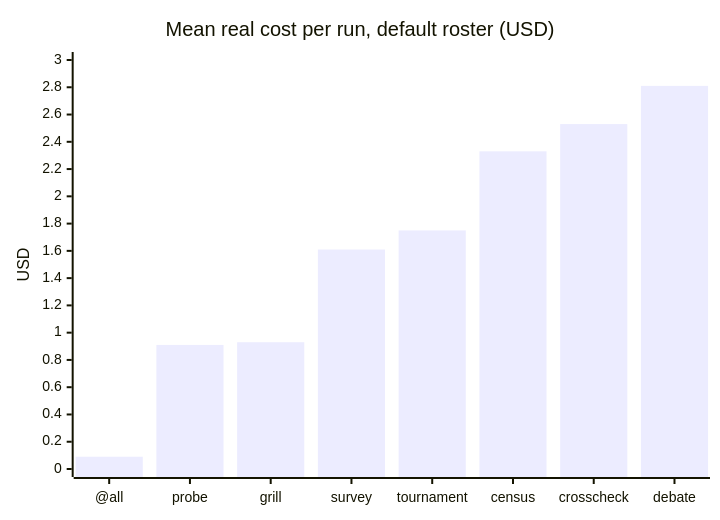
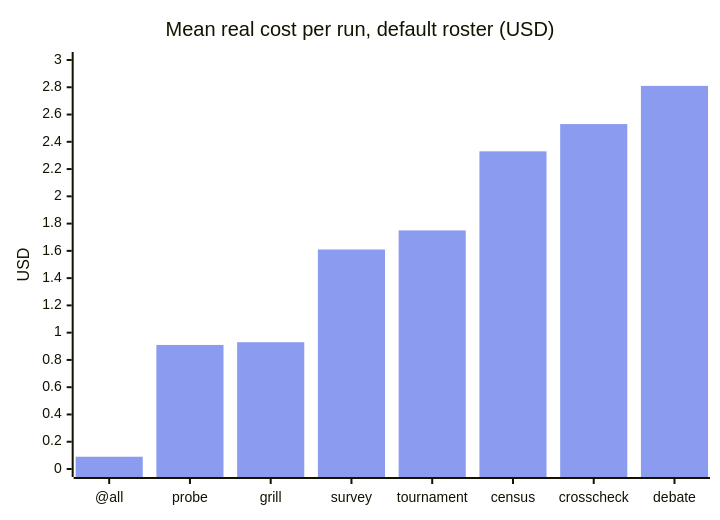
Before and after one commit to shoemoney/squad: the fourth of 8 diagrams in README.md, drawn with Mermaid. The commit also changed other lines of this file and 20 other files, not shown here.

````diff
--- a/README.md
+++ b/README.md
@@ -1058,7 +1081,8 @@
 ```mermaid
+%%{init: {'themeVariables':{'xyChart':{'plotColorPalette':'#8b9cf0'}}}}%%
 xychart-beta
     title "Mean real cost per run, default roster (USD)"
     x-axis ["@all", "probe", "grill", "survey", "tournament", "census", "crosscheck", "debate"]
     y-axis "USD" 0 --> 3
     bar [0.09, 0.91, 0.93, 1.61, 1.75, 2.33, 2.53, 2.81]
 ```
````
